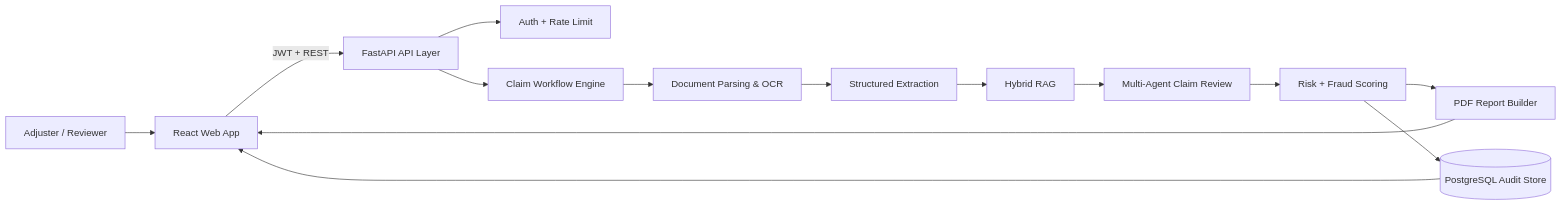
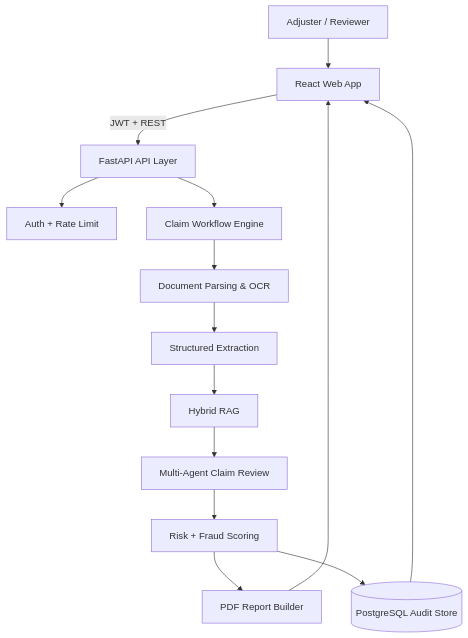
The first of 2 diagrams in README.md (ykjaat6104/ClaimSense---A-Multi-Agent-Insurance-Claim-Auditing-Crew-System), drawn with Mermaid before and after one commit.

````diff
--- a/README.md
+++ b/README.md
@@ -26,16 +26,16 @@
 ```mermaid
-flowchart LR
+flowchart TB
   U[Adjuster / Reviewer] --> W[React Web App]
   W -->|JWT + REST| API[FastAPI API Layer]
   API --> AUTH[Auth + Rate Limit]
   API --> PIPE[Claim Workflow Engine]
   PIPE --> EX[Document Parsing & OCR]
   EX --> STR[Structured Extraction]
   STR --> RAG[Hybrid RAG]
   RAG --> AG[Multi-Agent Claim Review]
   AG --> SCORE[Risk + Fraud Scoring]
   SCORE --> PDF[PDF Report Builder]
   SCORE --> DB[(PostgreSQL Audit Store)]
   PDF --> W
   DB --> W
 ```
````
